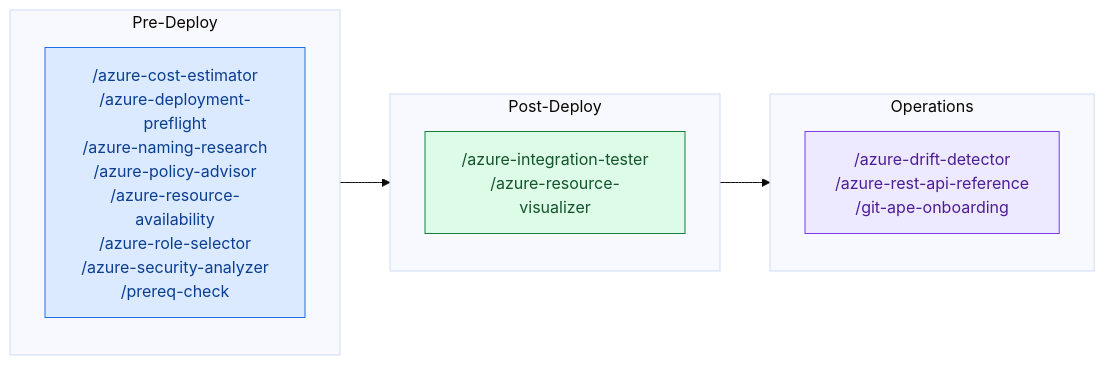
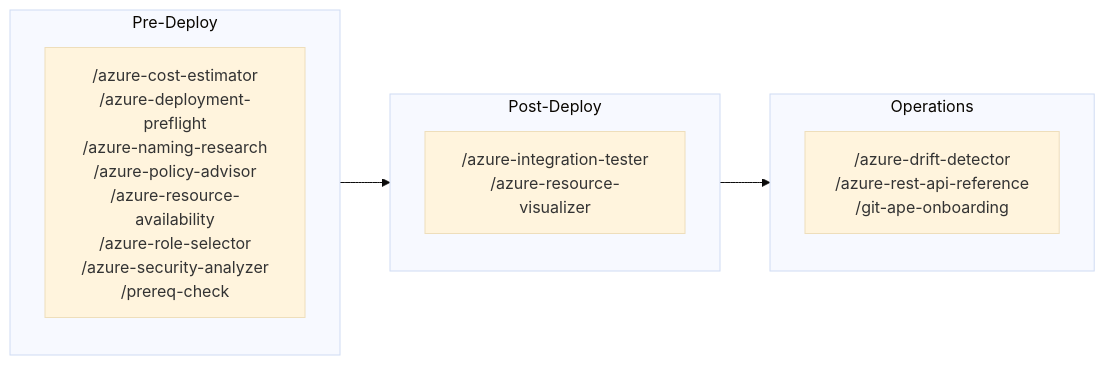
Before and after one commit to Azure/git-ape: the diagram in website/docs/skills/overview.md, drawn with Mermaid (base theme). The commit also changed other lines of this file and 26 other files, not shown here.

````diff
--- a/website/docs/skills/overview.md
+++ b/website/docs/skills/overview.md
@@ -52,20 +51,13 @@
 ```mermaid
 graph LR
     subgraph Pre["Pre-Deploy"]
         S1["/azure-cost-estimator\n/azure-deployment-preflight\n/azure-naming-research\n/azure-policy-advisor\n/azure-resource-availability\n/azure-role-selector\n/azure-security-analyzer\n/prereq-check"]
     end
     subgraph Post["Post-Deploy"]
         S2["/azure-integration-tester\n/azure-resource-visualizer"]
     end
     subgraph Ops["Operations"]
         S3["/azure-drift-detector\n/azure-rest-api-reference\n/git-ape-onboarding"]
     end
     Pre --> Post --> Ops
-
-    classDef pre fill:#dbeafe,stroke:#1f6feb,stroke-width:1px,color:#0b3d91
-    classDef post fill:#dcfce7,stroke:#15803d,stroke-width:1px,color:#14532d
-    classDef ops fill:#ede9fe,stroke:#7c3aed,stroke-width:1px,color:#4c1d95
-    class S1 pre
-    class S2 post
-    class S3 ops
 ```
````
